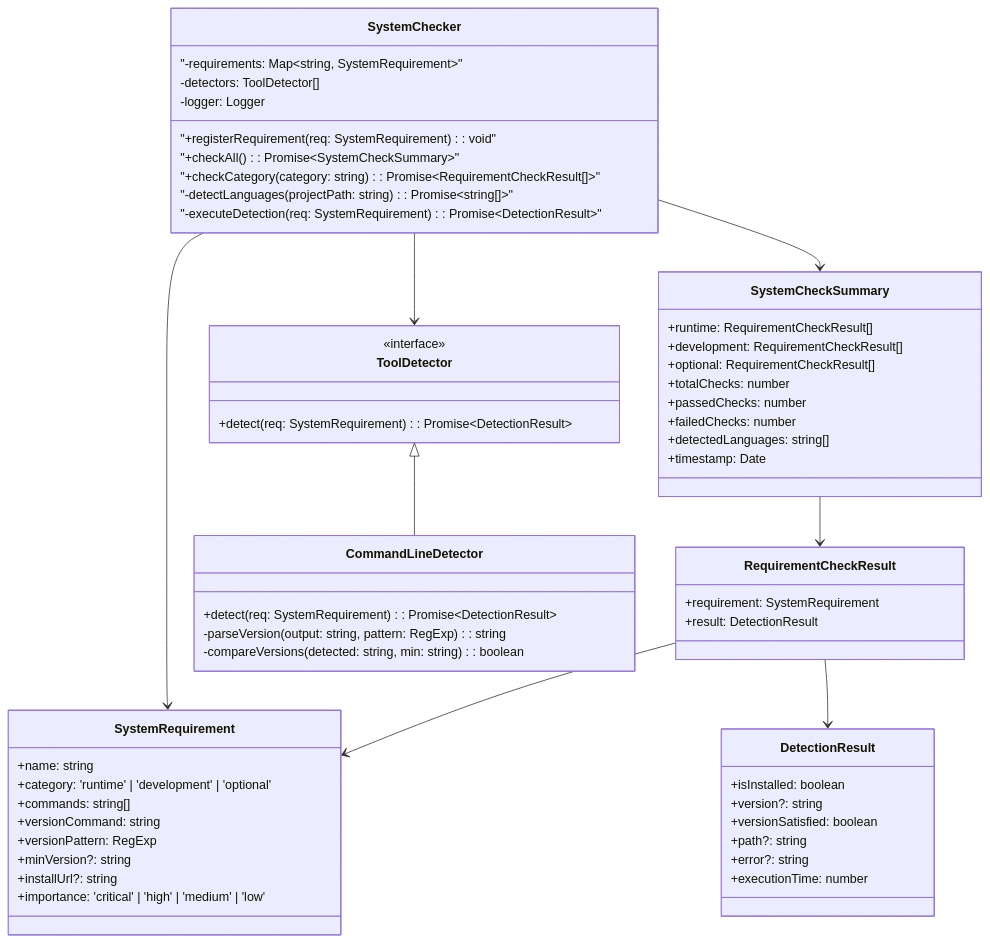
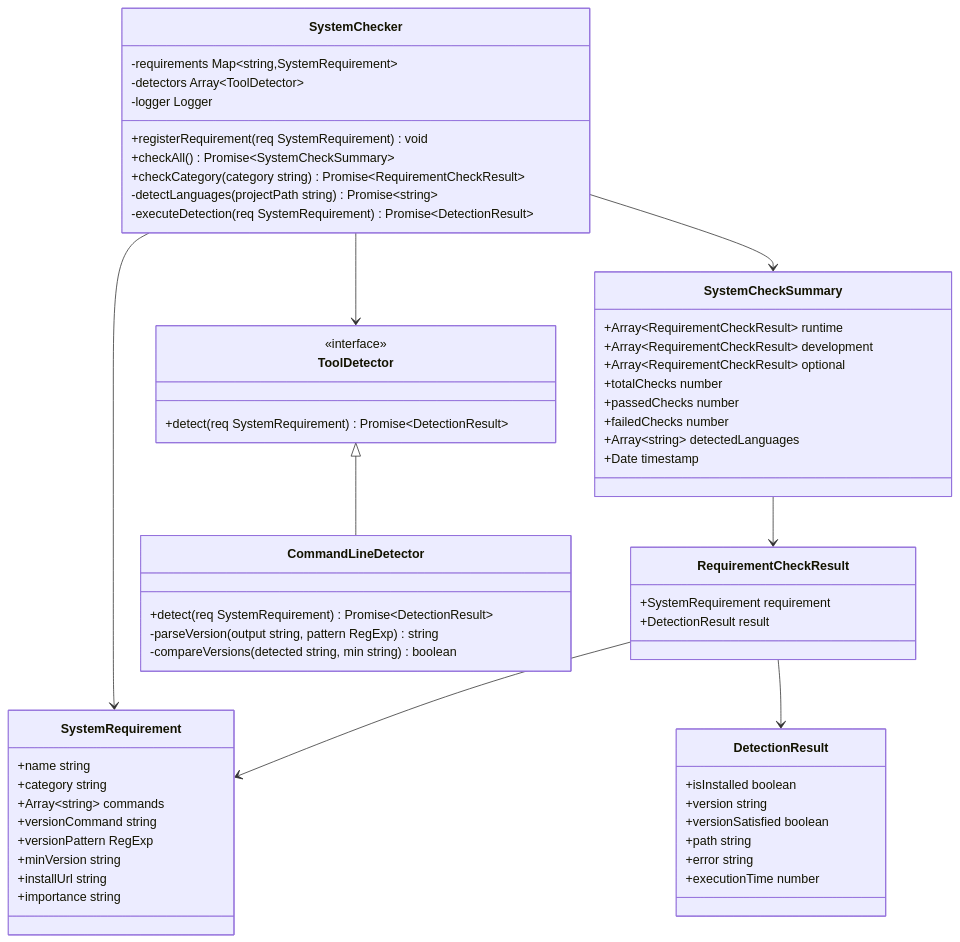
The fourth of 9 diagrams in docs/reference/core-modules.md (modu-ai/moai-adk), drawn with Mermaid before and after one commit. The commit also changed other lines of this file and 447 other files, not shown here.

````diff
--- a/docs/reference/core-modules.md
+++ b/docs/reference/core-modules.md
@@ -403,68 +403,68 @@
 ```mermaid
 classDiagram
     class SystemChecker {
-        "-requirements: Map~string, SystemRequirement~"
-        -detectors: ToolDetector[]
-        -logger: Logger
-        "+registerRequirement(req: SystemRequirement): void"
-        "+checkAll(): Promise~SystemCheckSummary~"
-        "+checkCategory(category: string): Promise~RequirementCheckResult[]~"
-        "-detectLanguages(projectPath: string): Promise~string[]~"
-        "-executeDetection(req: SystemRequirement): Promise~DetectionResult~"
+        -requirements Map~string,SystemRequirement~
+        -detectors Array~ToolDetector~
+        -logger Logger
+        +registerRequirement(req SystemRequirement) void
+        +checkAll() Promise~SystemCheckSummary~
+        +checkCategory(category string) Promise~RequirementCheckResult~
+        -detectLanguages(projectPath string) Promise~string~
+        -executeDetection(req SystemRequirement) Promise~DetectionResult~
     }
 
     class SystemRequirement {
-        +name: string
-        +category: 'runtime' | 'development' | 'optional'
-        +commands: string[]
-        +versionCommand: string
-        +versionPattern: RegExp
-        +minVersion?: string
-        +installUrl?: string
-        +importance: 'critical' | 'high' | 'medium' | 'low'
+        +name string
+        +category string
+        +Array~string~ commands
+        +versionCommand string
+        +versionPattern RegExp
+        +minVersion string
+        +installUrl string
+        +importance string
     }
 
     class DetectionResult {
-        +isInstalled: boolean
-        +version?: string
-        +versionSatisfied: boolean
-        +path?: string
-        +error?: string
-        +executionTime: number
+        +isInstalled boolean
+        +version string
+        +versionSatisfied boolean
+        +path string
+        +error string
+        +executionTime number
     }
 
     class SystemCheckSummary {
-        +runtime: RequirementCheckResult[]
-        +development: RequirementCheckResult[]
-        +optional: RequirementCheckResult[]
-        +totalChecks: number
-        +passedChecks: number
-        +failedChecks: number
-        +detectedLanguages: string[]
-        +timestamp: Date
+        +Array~RequirementCheckResult~ runtime
+        +Array~RequirementCheckResult~ development
+        +Array~RequirementCheckResult~ optional
+        +totalChecks number
+        +passedChecks number
+        +failedChecks number
+        +Array~string~ detectedLanguages
+        +Date timestamp
     }
 
     class RequirementCheckResult {
-        +requirement: SystemRequirement
-        +result: DetectionResult
+        +SystemRequirement requirement
+        +DetectionResult result
     }
 
     class ToolDetector {
         <<interface>>
-        +detect(req: SystemRequirement): Promise~DetectionResult~
+        +detect(req SystemRequirement) Promise~DetectionResult~
     }
 
     class CommandLineDetector {
-        +detect(req: SystemRequirement): Promise~DetectionResult~
-        -parseVersion(output: string, pattern: RegExp): string
-        -compareVersions(detected: string, min: string): boolean
+        +detect(req SystemRequirement) Promise~DetectionResult~
+        -parseVersion(output string, pattern RegExp) string
+        -compareVersions(detected string, min string) boolean
     }
 
     SystemChecker --> SystemRequirement
     SystemChecker --> SystemCheckSummary
     SystemChecker --> ToolDetector
     SystemCheckSummary --> RequirementCheckResult
     RequirementCheckResult --> SystemRequirement
     RequirementCheckResult --> DetectionResult
     ToolDetector <|-- CommandLineDetector
 ```
````
